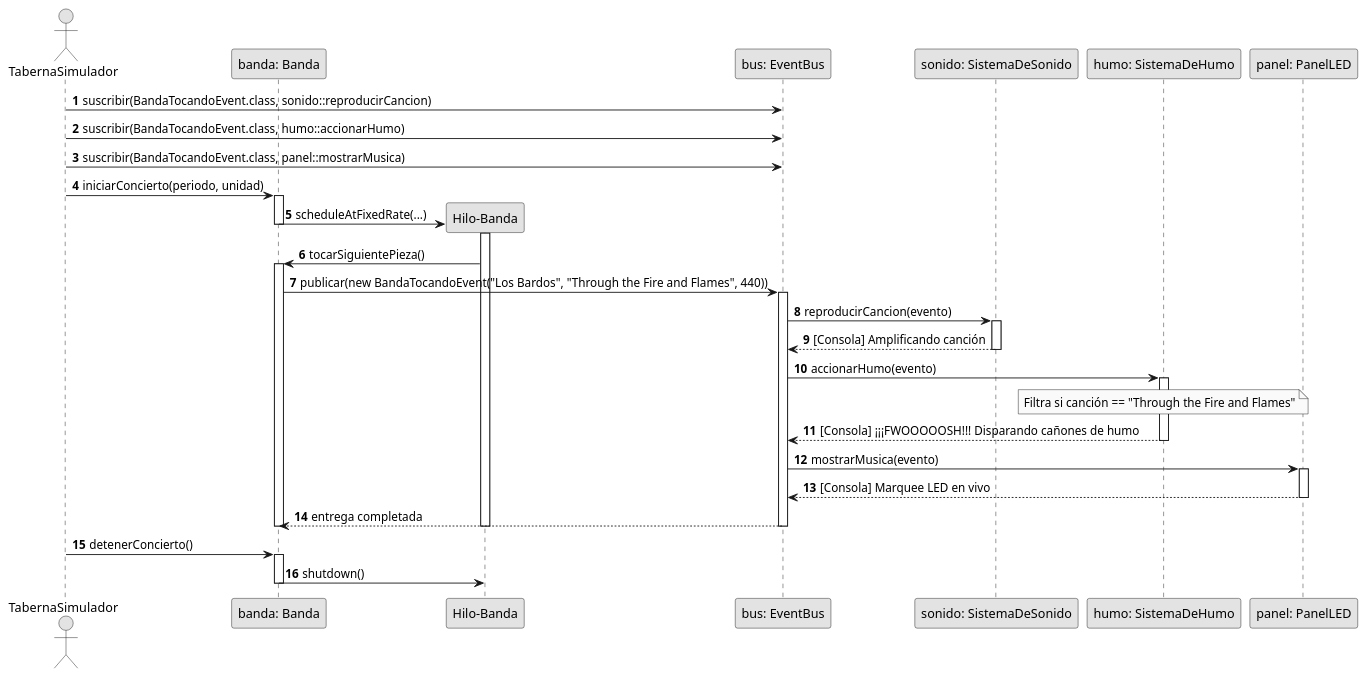
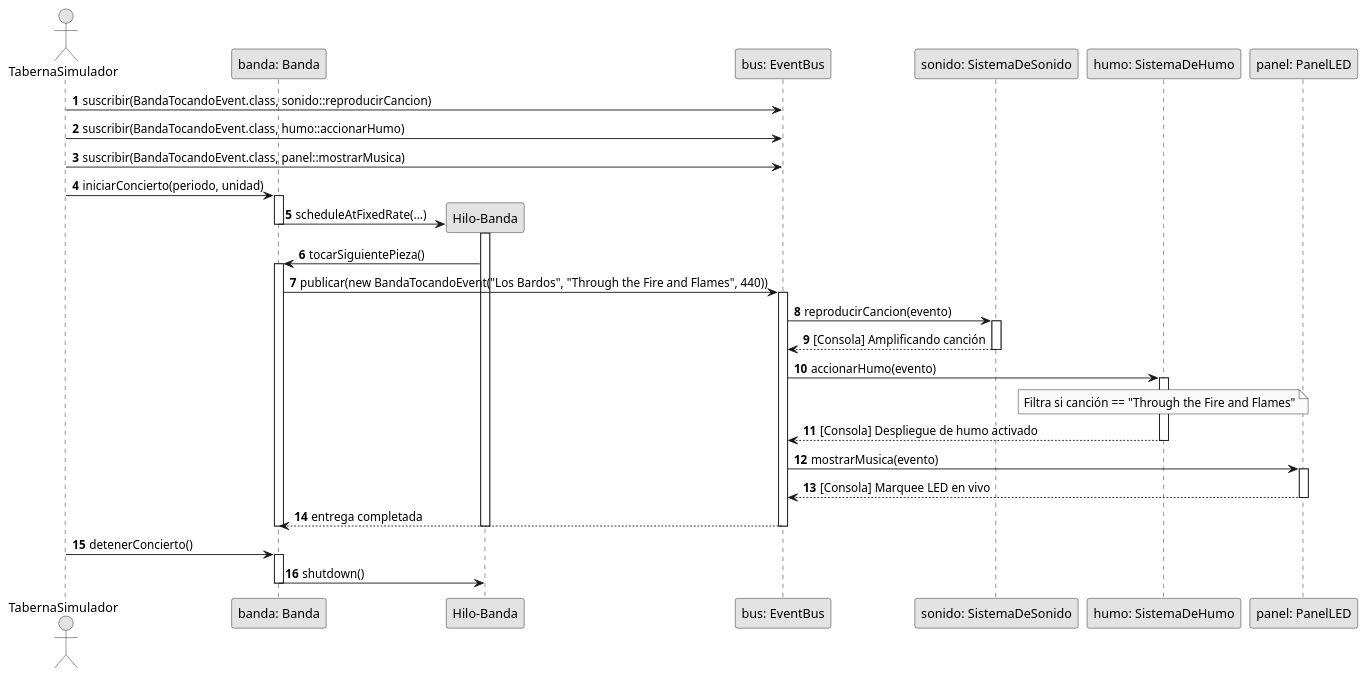
One commit to KevinFelix1563/ADS_Meta3.1_FelixKevin changed the second of 3 diagrams in diagramas.puml. Above: the diagram before and after it, drawn with PlantUML. The commit also changed 8 other files, not shown here.

```diff
--- a/diagramas.puml
+++ b/diagramas.puml
@@ -109,54 +109,54 @@
 @startuml DiagramaSecuencia
 skinparam monochrome true
 autonumber
 
 actor "TabernaSimulador" as Main
 participant "banda: Banda" as Banda
 participant "Hilo-Banda" as Hilo
 participant "bus: EventBus" as EventBus
 participant "sonido: SistemaDeSonido" as Sonido
 participant "humo: SistemaDeHumo" as Humo
 participant "panel: PanelLED" as Panel
 
 Main -> EventBus: suscribir(BandaTocandoEvent.class, sonido::reproducirCancion)
 Main -> EventBus: suscribir(BandaTocandoEvent.class, humo::accionarHumo)
 Main -> EventBus: suscribir(BandaTocandoEvent.class, panel::mostrarMusica)
 
 Main -> Banda: iniciarConcierto(periodo, unidad)
 activate Banda
 Banda -> Hilo**: scheduleAtFixedRate(...)
 deactivate Banda
 
 activate Hilo
 Hilo -> Banda: tocarSiguientePieza()
 activate Banda
 Banda -> EventBus: publicar(new BandaTocandoEvent("Los Bardos", "Through the Fire and Flames", 440))
 activate EventBus
 
 EventBus -> Sonido: reproducirCancion(evento)
 activate Sonido
 Sonido --> EventBus: [Consola] Amplificando canción
 deactivate Sonido
 
 EventBus -> Humo: accionarHumo(evento)
 activate Humo
 note over Humo: Filtra si canción == "Through the Fire and Flames"
-Humo --> EventBus: [Consola] ¡¡¡FWOOOOOSH!!! Disparando cañones de humo
+Humo --> EventBus: [Consola] Despliegue de humo activado
 deactivate Humo
 
 EventBus -> Panel: mostrarMusica(evento)
 activate Panel
 Panel --> EventBus: [Consola] Marquee LED en vivo
 deactivate Panel
 
 EventBus --> Banda: entrega completada
 deactivate EventBus
 deactivate Banda
 deactivate Hilo
 
 Main -> Banda: detenerConcierto()
 activate Banda
 Banda -> Hilo: shutdown()
 deactivate Banda
 
 @enduml
```
